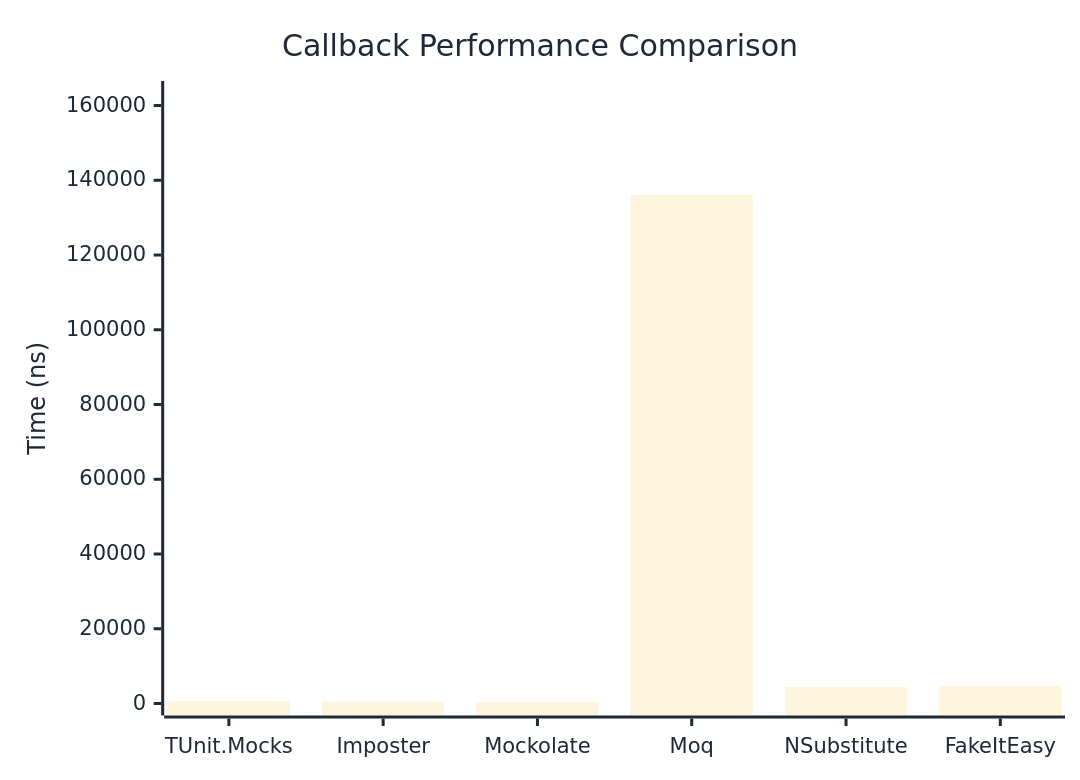
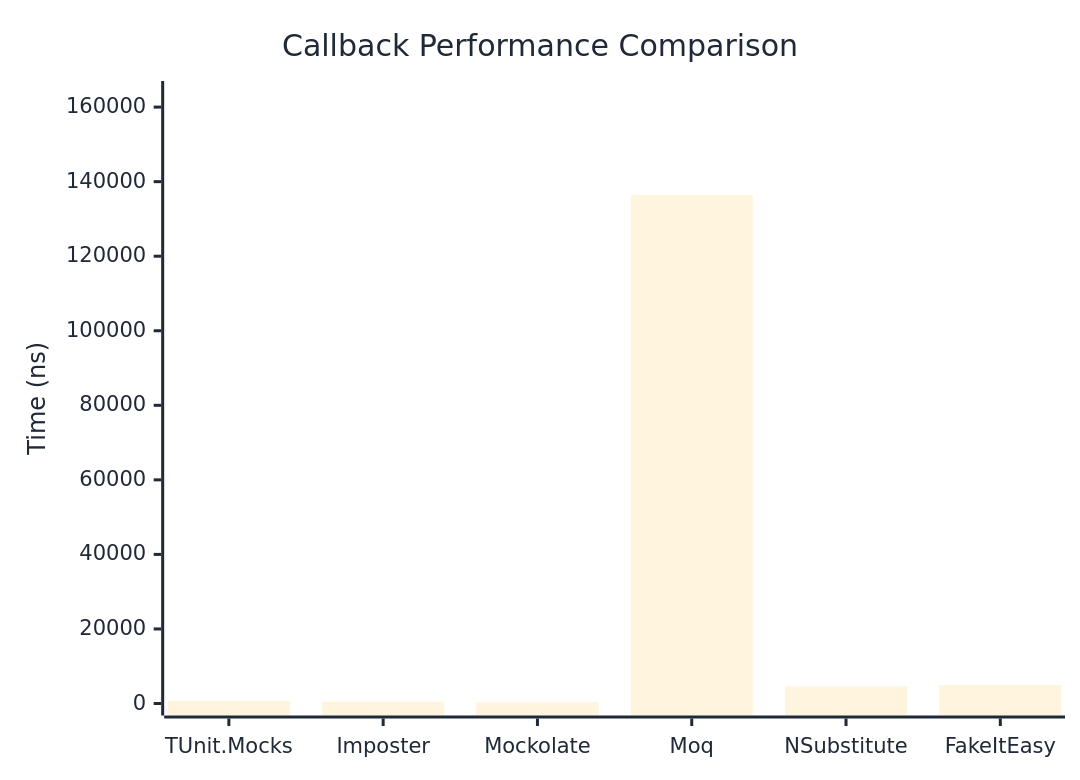
Before and after one commit to thomhurst/TUnit: the first of 2 diagrams in docs/docs/benchmarks/mocks/Callback.md, drawn with Mermaid. The commit also changed other lines of this file and 14 other files, not shown here.

````diff
--- a/docs/docs/benchmarks/mocks/Callback.md
+++ b/docs/docs/benchmarks/mocks/Callback.md
@@ -30,27 +30,27 @@
 ```mermaid
 %%{init: {
   'theme':'base',
   'themeVariables': {
     'primaryColor': '#2563eb',
     'primaryTextColor': '#1f2937',
     'primaryBorderColor': '#1e40af',
     'lineColor': '#6b7280',
     'secondaryColor': '#7c3aed',
     'tertiaryColor': '#dc2626',
     'background': '#ffffff',
     'pie1': '#2563eb',
     'pie2': '#7c3aed',
     'pie3': '#dc2626',
     'pie4': '#f59e0b',
     'pie5': '#10b981',
     'pie6': '#06b6d4',
     'pie7': '#ec4899',
     'pie8': '#6366f1'
   }
 }}%%
 xychart-beta
   title "Callback Performance Comparison"
   x-axis ["TUnit.Mocks", "Imposter", "Mockolate", "Moq", "NSubstitute", "FakeItEasy"]
-  y-axis "Time (ns)" 0 --> 163356
-  bar [646.2, 458.2, 346.3, 136129.3, 4399, 4673.8]
+  y-axis "Time (ns)" 0 --> 163785
+  bar [687.7, 478.4, 353.3, 136486.8, 4610.7, 4958.1]
 ```
````
